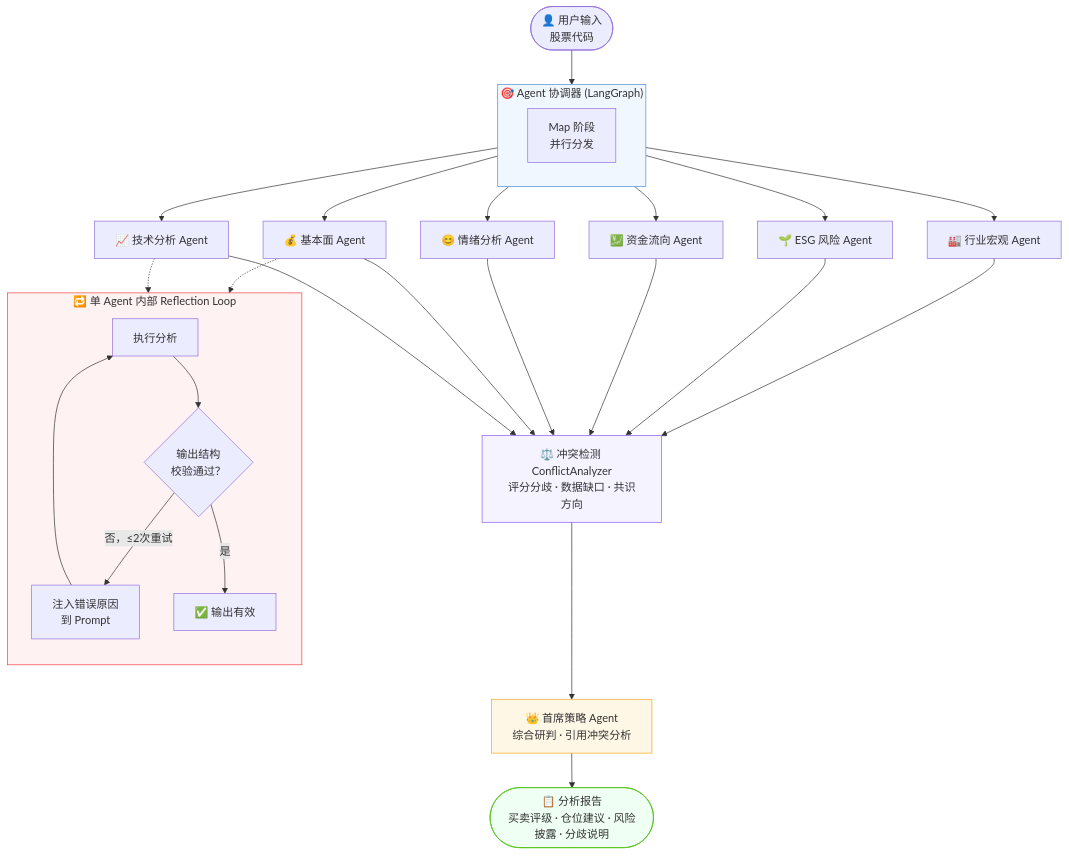
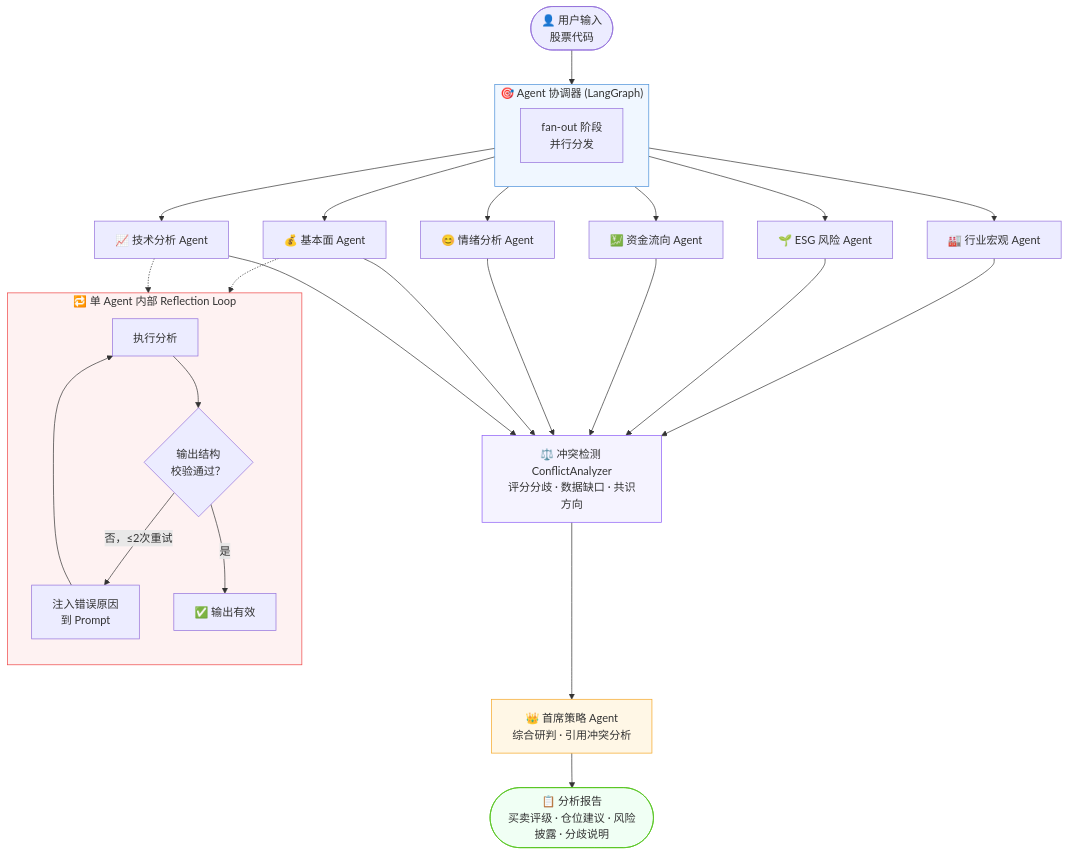
Before and after one commit to erli523/stock-analysis-agent: the first of 4 diagrams in README.md, drawn with Mermaid. The commit also changed other lines of this file and 3 other files, not shown here.

````diff
--- a/README.md
+++ b/README.md
@@ -45,38 +45,38 @@
 ```mermaid
 flowchart TD
     User(["👤 用户输入\n股票代码"]) --> Coord
 
     subgraph Coord["🎯 Agent 协调器 (LangGraph)"]
         direction LR
-        Map["Map 阶段\n并行分发"]
+        Map["fan-out 阶段\n并行分发"]
     end
 
     Coord --> T["📈 技术分析 Agent"]
     Coord --> F["💰 基本面 Agent"]
     Coord --> S["😊 情绪分析 Agent"]
     Coord --> FF["💹 资金流向 Agent"]
     Coord --> E["🌱 ESG 风险 Agent"]
     Coord --> I["🏭 行业宏观 Agent"]
 
     subgraph Reflect["🔁 单 Agent 内部 Reflection Loop"]
         direction TB
         Exec["执行分析"] --> Validate{"输出结构\n校验通过？"}
         Validate -->|否，≤2次重试| Hint["注入错误原因\n到 Prompt"] --> Exec
         Validate -->|是| Done["✅ 输出有效"]
     end
 
     T -.-> Reflect
     F -.-> Reflect
 
     T & F & S & FF & E & I --> Conflict["⚖️ 冲突检测 ConflictAnalyzer\n评分分歧 · 数据缺口 · 共识方向"]
 
     Conflict --> Chief["👑 首席策略 Agent\n综合研判 · 引用冲突分析"]
 
     Chief --> Report(["📋 分析报告\n买卖评级 · 仓位建议 · 风险披露 · 分歧说明"])
 
     style Coord fill:#f0f7ff,stroke:#4a90d9
     style Reflect fill:#fef2f2,stroke:#ef4444
     style Conflict fill:#f5f3ff,stroke:#8b5cf6
     style Chief fill:#fff7e6,stroke:#f5a623
     style Report fill:#f0fff4,stroke:#52c41a
 ```
````
